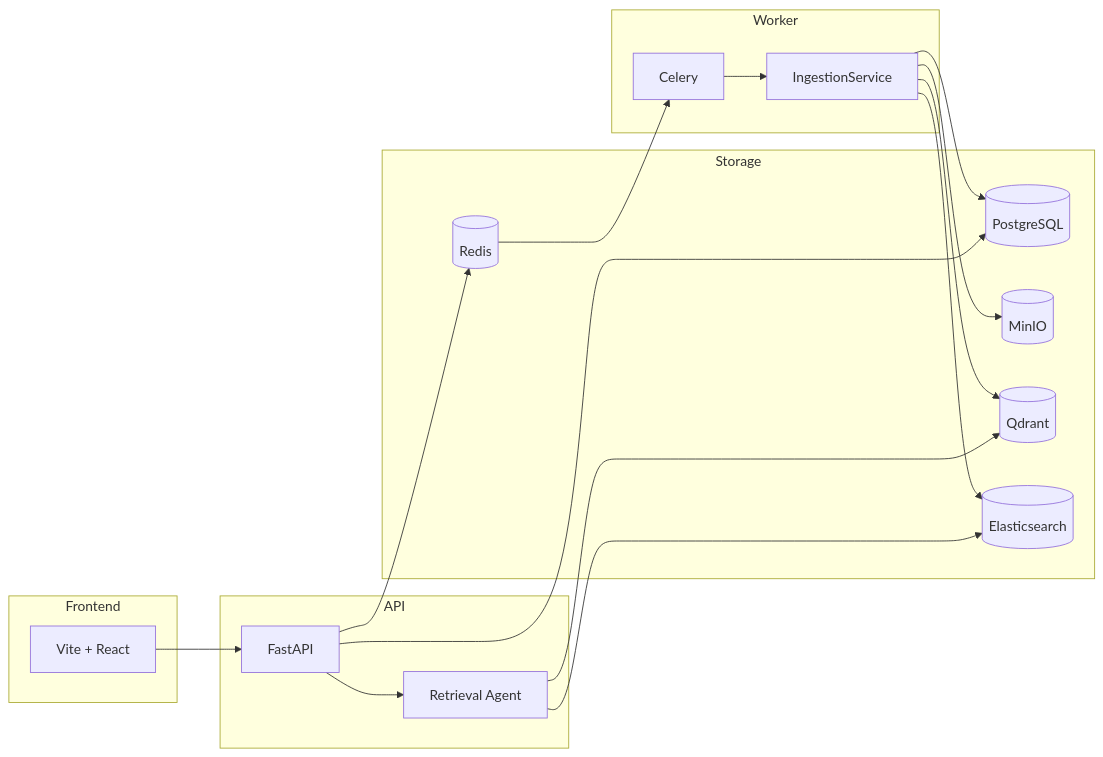
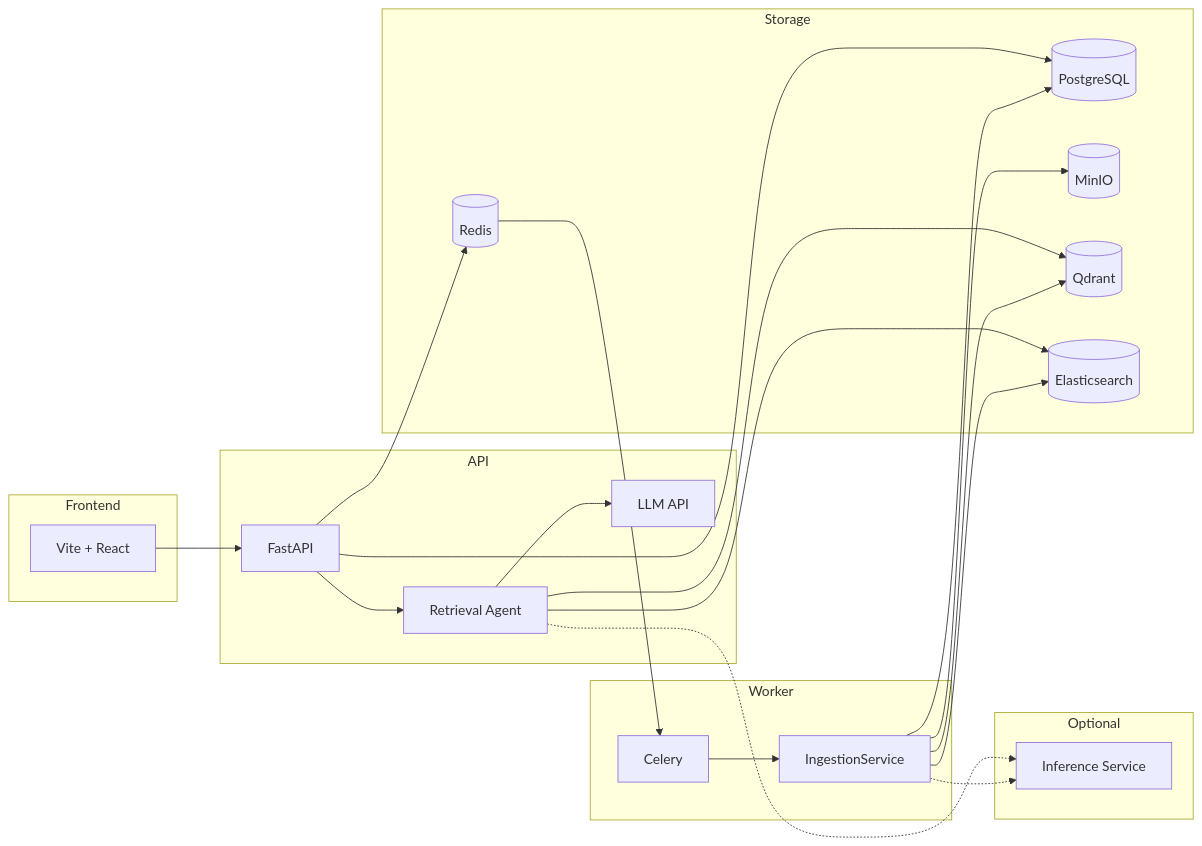
Before and after one commit to zJustHow/AllDocs: the first of 2 diagrams in README.md, drawn with Mermaid. The commit also changed other lines of this file and 25 other files, not shown here.

````diff
--- a/README.md
+++ b/README.md
@@ -20,33 +20,40 @@
 ```mermaid
 flowchart LR
     subgraph client [Frontend]
         UI[Vite + React]
     end
     subgraph api [API]
         FastAPI[FastAPI]
         Agent[Retrieval Agent]
+        LLM[LLM API]
     end
     subgraph worker [Worker]
         Celery[Celery]
         Ingest[IngestionService]
     end
     subgraph stores [Storage]
         PG[(PostgreSQL)]
         MinIO[(MinIO)]
         Qdrant[(Qdrant)]
         ES[(Elasticsearch)]
         Redis[(Redis)]
     end
+    subgraph optional [Optional]
+        Inference[Inference Service]
+    end
     UI --> FastAPI
     FastAPI --> Agent
     FastAPI --> PG
     Agent --> Qdrant
     Agent --> ES
+    Agent --> LLM
     FastAPI --> Redis
     Redis --> Celery
     Celery --> Ingest
     Ingest --> PG
     Ingest --> MinIO
     Ingest --> Qdrant
     Ingest --> ES
+    Agent -.-> Inference
+    Ingest -.-> Inference
 ```
````
